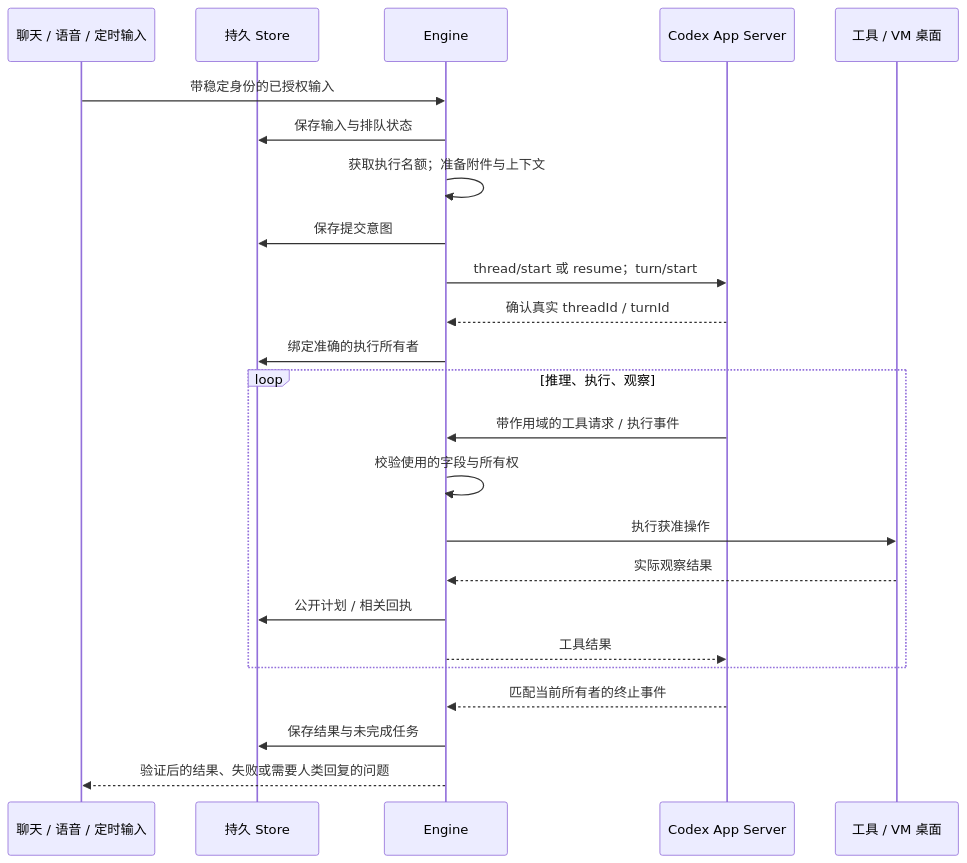
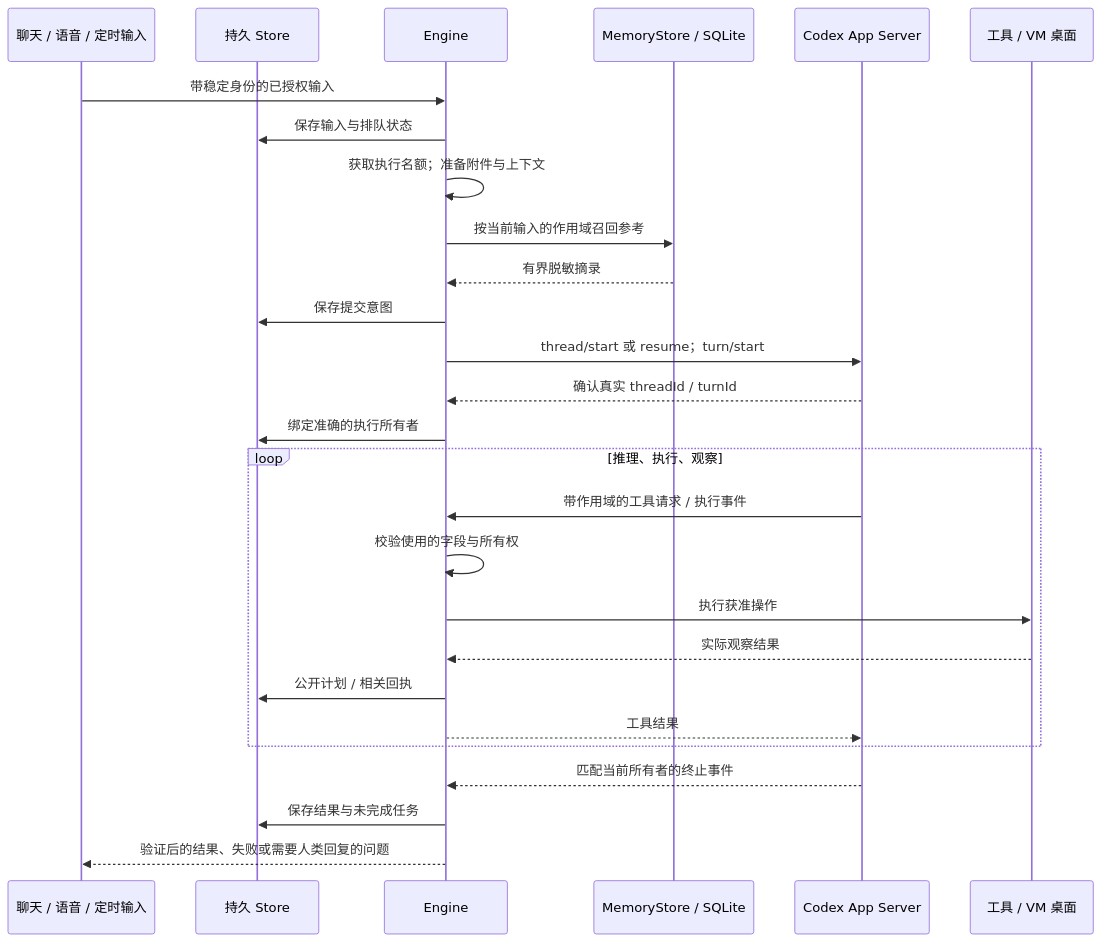
One commit to Stephen-Sim/dant changed the second of 5 diagrams in docs/zh-CN/architecture.md. Above: the diagram before and after it, drawn with Mermaid. The commit also changed other lines of this file and 36 other files, not shown here.

Commit message:
feat: add scoped memory recall and SQLite scheduling

````diff
--- a/docs/zh-CN/architecture.md
+++ b/docs/zh-CN/architecture.md
@@ -70,26 +73,29 @@
 ```mermaid
 sequenceDiagram
   participant Input as 聊天 / 语音 / 定时输入
   participant Store as 持久 Store
   participant Engine
+  participant Memory as MemoryStore / SQLite
   participant Codex as Codex App Server
   participant Tool as 工具 / VM 桌面
   Input->>Engine: 带稳定身份的已授权输入
   Engine->>Store: 保存输入与排队状态
   Engine->>Engine: 获取执行名额；准备附件与上下文
+  Engine->>Memory: 按当前输入的作用域召回参考
+  Memory-->>Engine: 有界脱敏摘录
   Engine->>Store: 保存提交意图
   Engine->>Codex: thread/start 或 resume；turn/start
   Codex-->>Engine: 确认真实 threadId / turnId
   Engine->>Store: 绑定准确的执行所有者
   loop 推理、执行、观察
     Codex->>Engine: 带作用域的工具请求 / 执行事件
     Engine->>Engine: 校验使用的字段与所有权
     Engine->>Tool: 执行获准操作
     Tool-->>Engine: 实际观察结果
     Engine->>Store: 公开计划 / 相关回执
     Engine-->>Codex: 工具结果
   end
   Codex-->>Engine: 匹配当前所有者的终止事件
   Engine->>Store: 保存结果与未完成任务
   Engine-->>Input: 验证后的结果、失败或需要人类回复的问题
 ```
````
